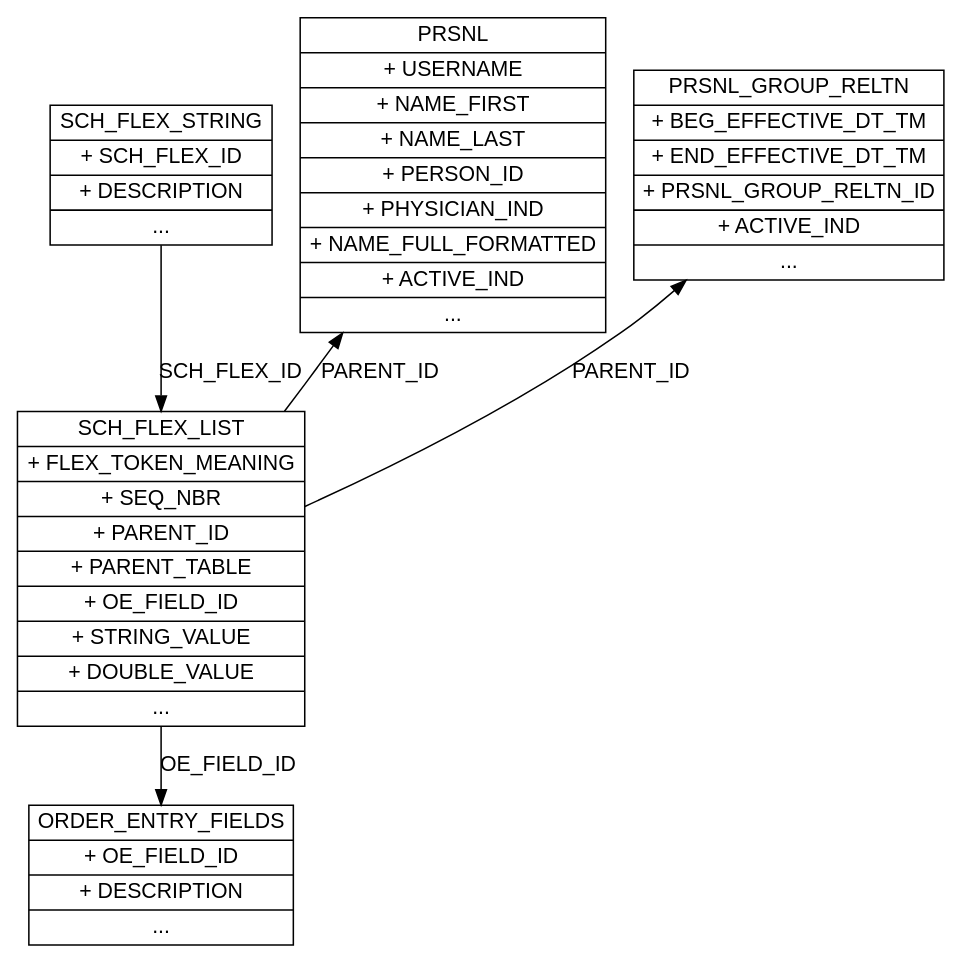
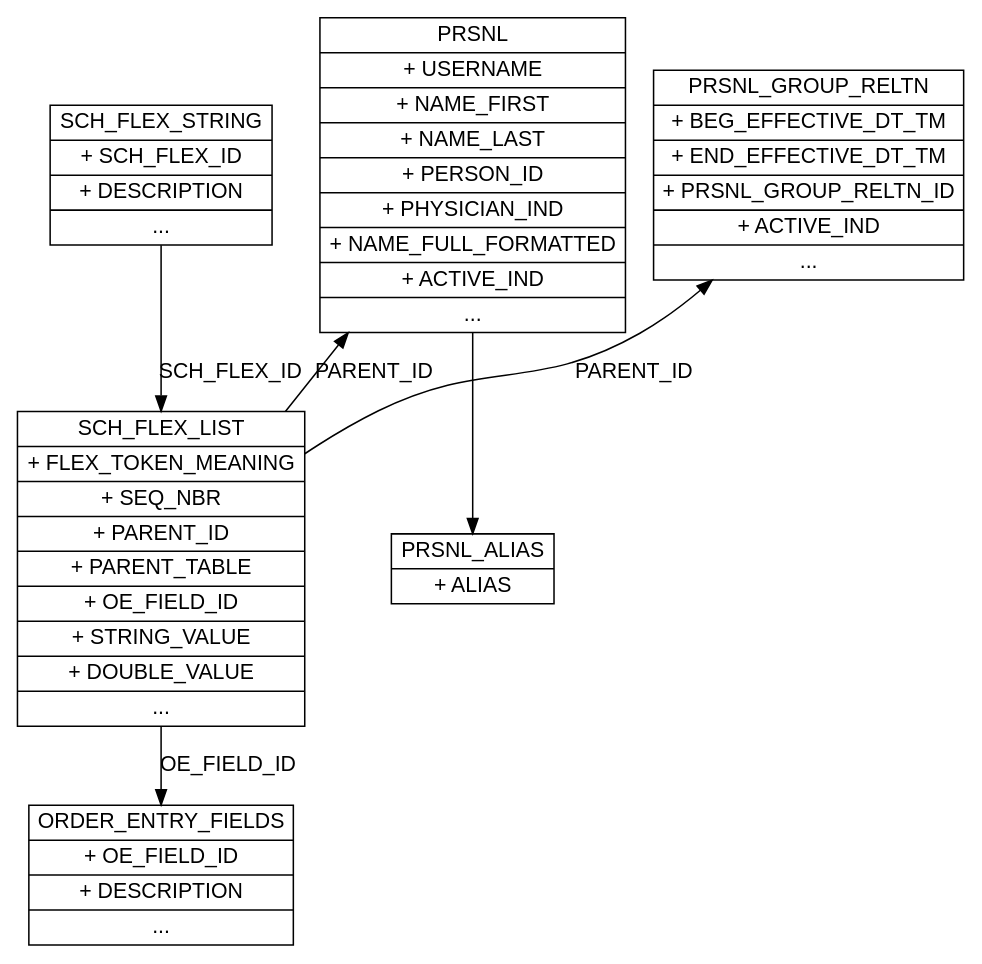
The diagram in dot/FlexObjects-Query.dot (GabeSchaffer/LiveData-queries), drawn with Graphviz before and after one commit.

Commit message:
Add missing `PRSNL_ALIAS`

```diff
--- a/dot/FlexObjects-Query.dot
+++ b/dot/FlexObjects-Query.dot
@@ -1,16 +1,18 @@
 digraph ERD {
     node [shape=record, fontname = "Arial"];
     graph [fontname = "Arial"];
     edge [fontname = "Arial"];
 
     SCH_FLEX_STRING [label="{SCH_FLEX_STRING|+ SCH_FLEX_ID|+ DESCRIPTION|...}"];
     SCH_FLEX_LIST [label="{SCH_FLEX_LIST|+ FLEX_TOKEN_MEANING|+ SEQ_NBR|+ PARENT_ID|+ PARENT_TABLE|+ OE_FIELD_ID|+ STRING_VALUE|+ DOUBLE_VALUE|...}"];
     ORDER_ENTRY_FIELDS [label="{ORDER_ENTRY_FIELDS|+ OE_FIELD_ID|+ DESCRIPTION|...}"];
     PRSNL [label="{PRSNL|+ USERNAME|+ NAME_FIRST|+ NAME_LAST|+ PERSON_ID|+ PHYSICIAN_IND|+ NAME_FULL_FORMATTED|+ ACTIVE_IND|...}"];
+    PRSNL_ALIAS [label="{PRSNL_ALIAS|+ ALIAS}"];
     PRSNL_GROUP_RELTN [label="{PRSNL_GROUP_RELTN|+ BEG_EFFECTIVE_DT_TM|+ END_EFFECTIVE_DT_TM|+ PRSNL_GROUP_RELTN_ID|+ ACTIVE_IND|...}"];
 
     SCH_FLEX_STRING -> SCH_FLEX_LIST [label="SCH_FLEX_ID"];
     SCH_FLEX_LIST -> ORDER_ENTRY_FIELDS [label="OE_FIELD_ID"];
     SCH_FLEX_LIST -> PRSNL [label="PARENT_ID", constraint=false];
+    PRSNL -> PRSNL_ALIAS;
     SCH_FLEX_LIST -> PRSNL_GROUP_RELTN [label="PARENT_ID", constraint=false];
 }
```
